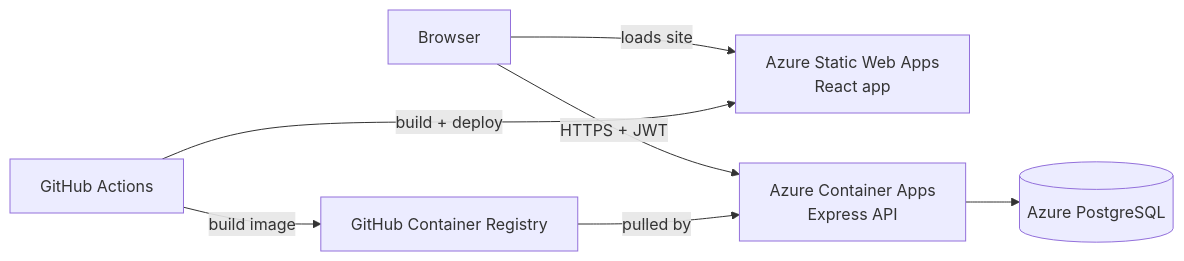
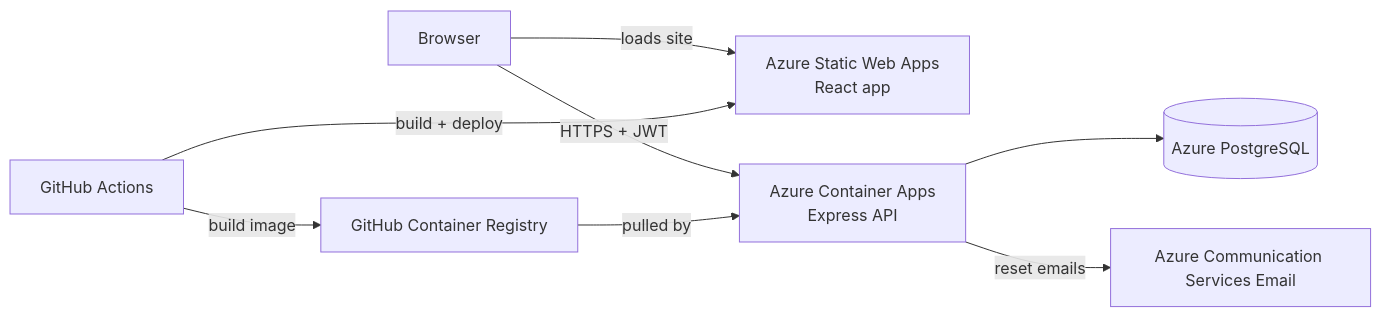
The diagram in README.md (Vravula02/desk-booking), drawn with Mermaid before and after one commit. The commit also changed other lines of this file, not shown here.

````diff
--- a/README.md
+++ b/README.md
@@ -56,9 +60,10 @@
 ```mermaid
 flowchart LR
     U[Browser] -->|loads site| SWA[Azure Static Web Apps<br/>React app]
     U -->|HTTPS + JWT| API[Azure Container Apps<br/>Express API]
     API --> DB[(Azure PostgreSQL)]
+    API -->|reset emails| ACS[Azure Communication Services Email]
     GH[GitHub Actions] -->|build + deploy| SWA
     GH -->|build image| GHCR[GitHub Container Registry]
     GHCR -->|pulled by| API
 ```
````
